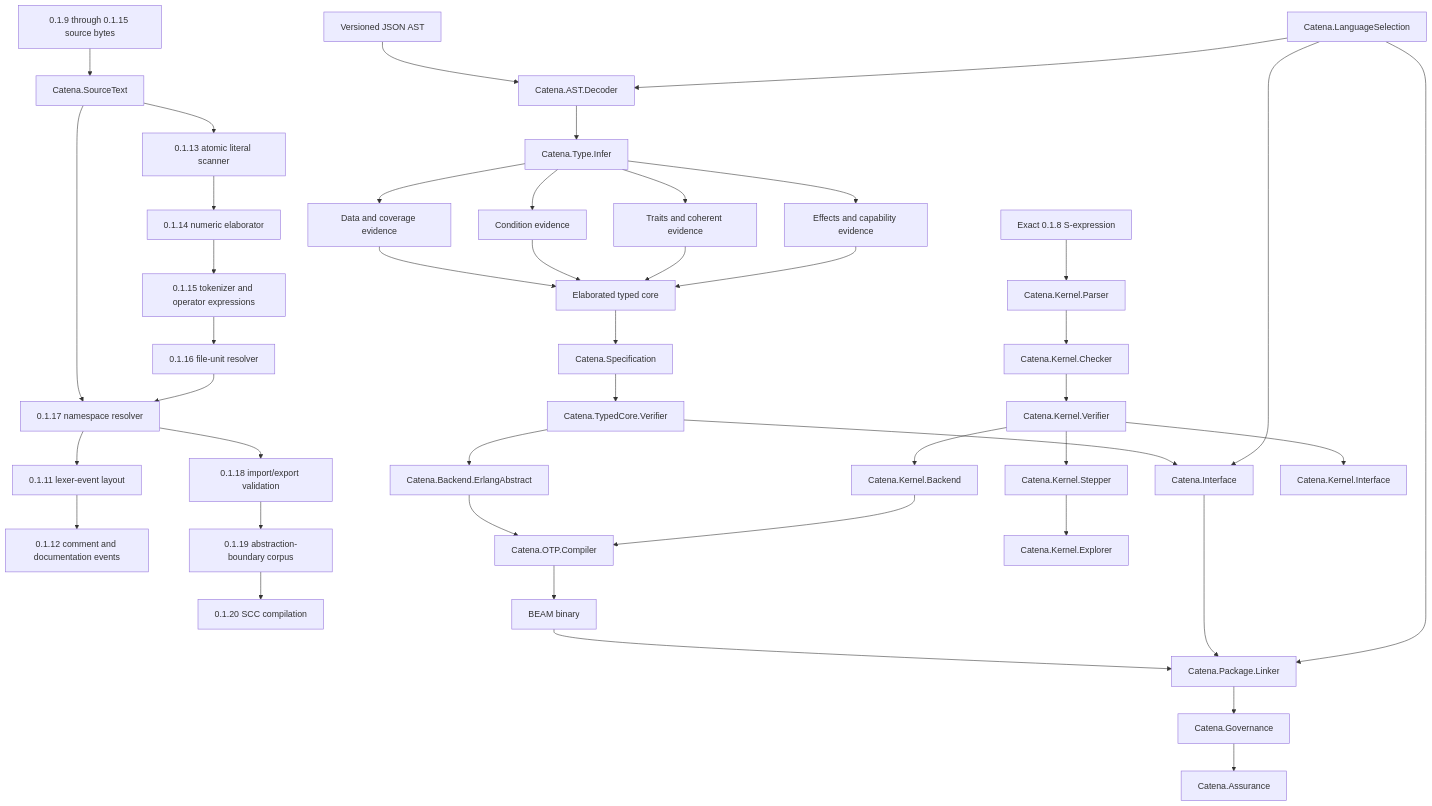
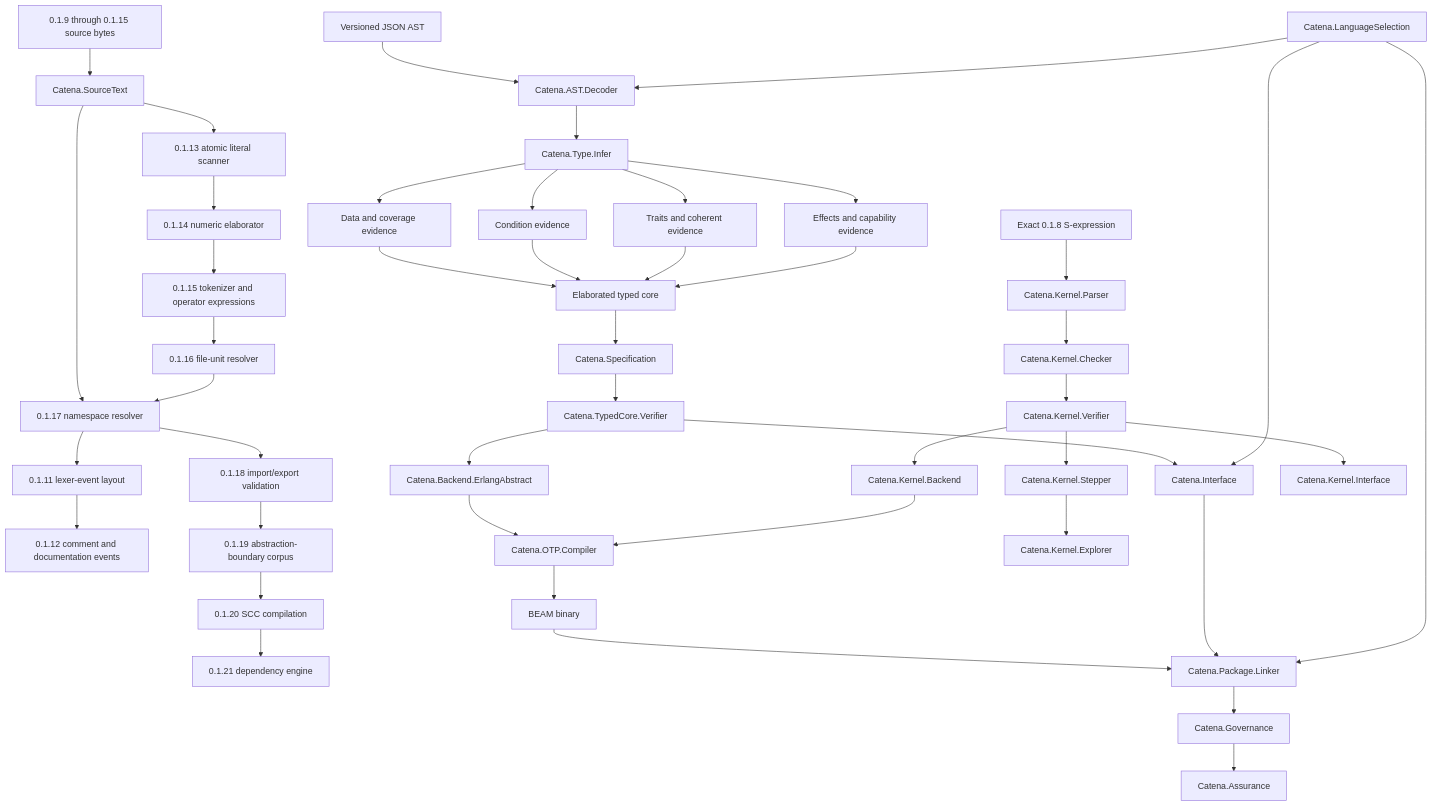
The diagram in guides/development/compiler-architecture.md (pcharbon70/catena), drawn with Mermaid before and after one commit. The commit also changed other lines of this file and 30 other files, not shown here.

````diff
--- a/guides/development/compiler-architecture.md
+++ b/guides/development/compiler-architecture.md
@@ -46,47 +46,48 @@
 ```mermaid
 flowchart TD
     JSON[Versioned JSON AST] --> Decoder[Catena.AST.Decoder]
     Kernel[Exact 0.1.8 S-expression] --> KParser[Catena.Kernel.Parser]
     Source[0.1.9 through 0.1.15 source bytes] --> SourceText[Catena.SourceText]
     SourceText --> Names[Standalone 0.1.10 names]
     Names --> Layout[0.1.11 lexer-event layout]
     Layout --> Comments[0.1.12 comment and documentation events]
     SourceText --> Literals[0.1.13 atomic literal scanner]
     Literals --> Numeric[0.1.14 numeric elaborator]
     Numeric --> Tokens[0.1.15 tokenizer and operator expressions]
     Tokens --> FileUnits[0.1.16 file-unit resolver]
     FileUnits --> Names[0.1.17 namespace resolver]
     Names --> Imports[0.1.18 import/export validation]
     Imports --> Abstraction[0.1.19 abstraction-boundary corpus]
     Abstraction --> Cycles[0.1.20 SCC compilation]
+    Cycles --> Packages[0.1.21 dependency engine]
     Selection[Catena.LanguageSelection] --> Decoder
     Decoder --> Infer[Catena.Type.Infer]
     Infer --> Data[Data and coverage evidence]
     Infer --> Cond[Condition evidence]
     Infer --> Cat[Traits and coherent evidence]
     Infer --> FX[Effects and capability evidence]
     Data --> Core[Elaborated typed core]
     Cond --> Core
     Cat --> Core
     FX --> Core
     Core --> Spec[Catena.Specification]
     Spec --> Verify[Catena.TypedCore.Verifier]
     Verify --> Backend[Catena.Backend.ErlangAbstract]
     Backend --> OTP[Catena.OTP.Compiler]
     OTP --> Beam[BEAM binary]
     Verify --> Interface[Catena.Interface]
     KParser --> KCheck[Catena.Kernel.Checker]
     KCheck --> KVerify[Catena.Kernel.Verifier]
     KVerify --> KBackend[Catena.Kernel.Backend]
     KVerify --> Stepper[Catena.Kernel.Stepper]
     Stepper --> Explorer[Catena.Kernel.Explorer]
     KBackend --> OTP
     KVerify --> KInterface[Catena.Kernel.Interface]
 
     Beam --> Linker[Catena.Package.Linker]
     Interface --> Linker
     Selection --> Interface
     Selection --> Linker
     Linker --> Governance[Catena.Governance]
     Governance --> Assurance[Catena.Assurance]
 ```
````
